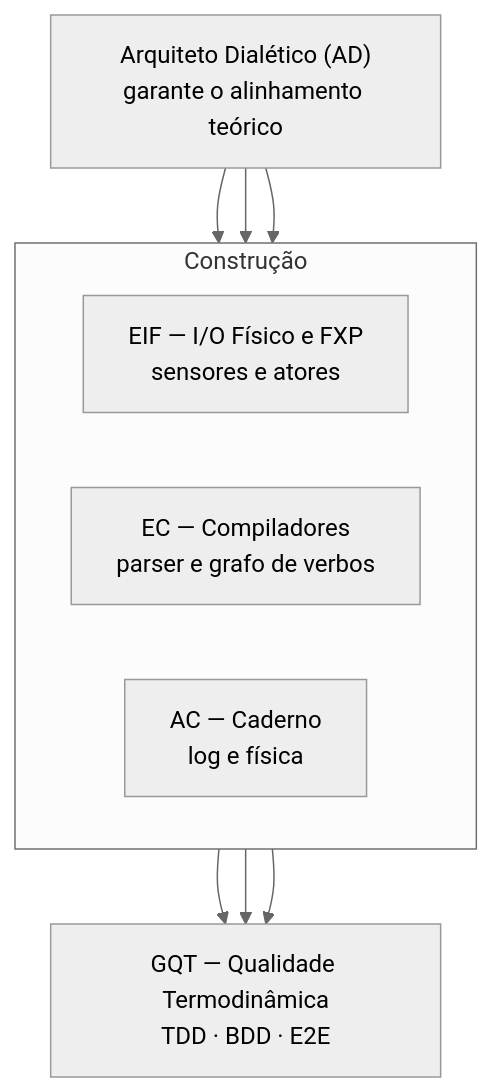
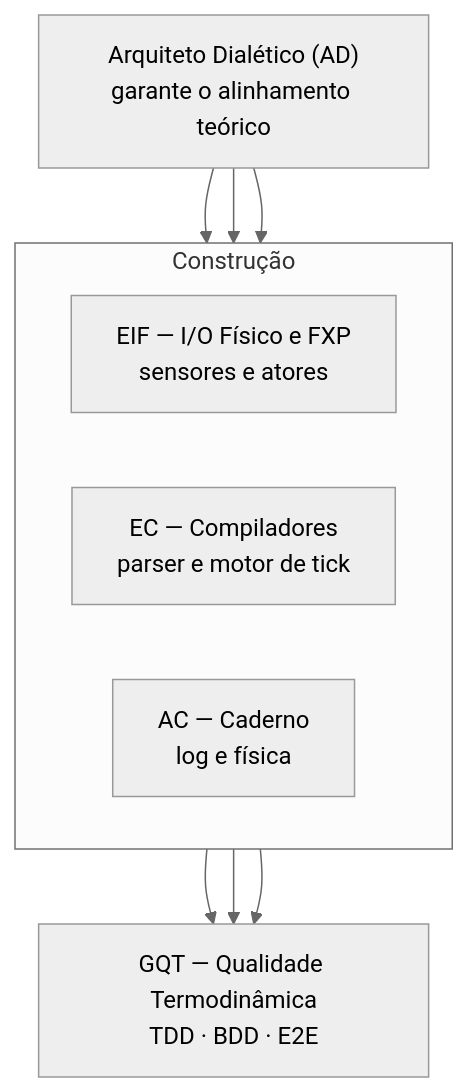
Before and after one commit to 0b3st4f3r4/verbo: the first of 2 diagrams in AGENTS.md, drawn with Mermaid (neutral theme). The commit also changed other lines of this file and 6 other files, not shown here.

````diff
--- a/AGENTS.md
+++ b/AGENTS.md
@@ -9,18 +9,18 @@
 ```mermaid
 flowchart TB
     AD["Arquiteto Dialético (AD)<br/>garante o alinhamento teórico"]
     subgraph CONSTRUCAO["Construção"]
         direction LR
         EIF["EIF — I/O Físico e FXP<br/>sensores e atores"]
-        EC["EC — Compiladores<br/>parser e grafo de verbos"]
+        EC["EC — Compiladores<br/>parser e motor de tick"]
         AC["AC — Caderno<br/>log e física"]
     end
     GQT["GQT — Qualidade Termodinâmica<br/>TDD · BDD · E2E"]
 
     AD --> EIF
     AD --> EC
     AD --> AC
     EIF --> GQT
     EC --> GQT
     AC --> GQT
 ```
````
